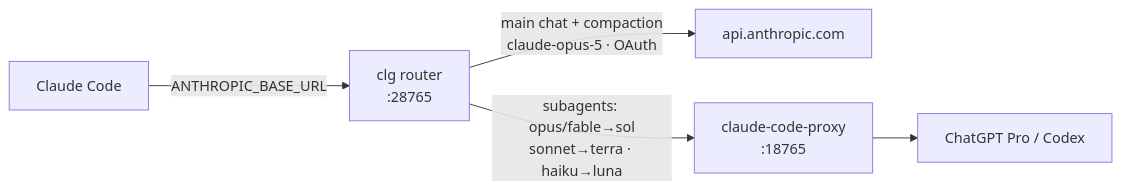
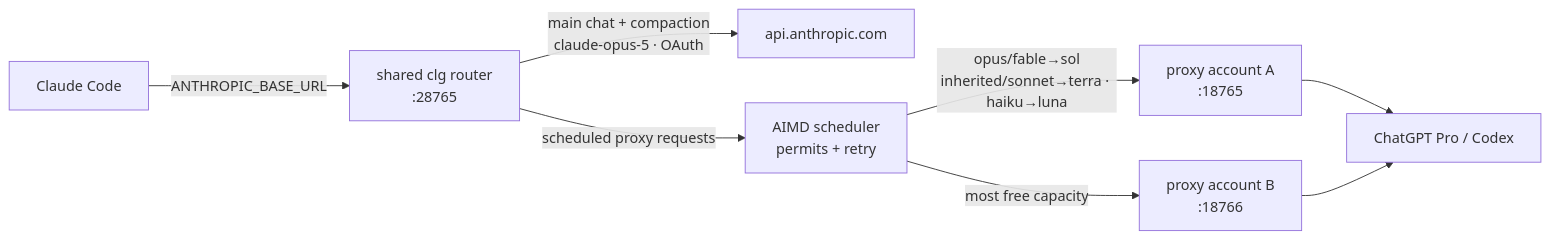
Before and after one commit to momomuchu/clg: the diagram in README.md, drawn with Mermaid. The commit also changed other lines of this file and 2 other files, not shown here.

First line of the commit message:
feat: add adaptive multi-account router

````diff
--- a/README.md
+++ b/README.md
@@ -12,7 +13,10 @@
 ```mermaid
 flowchart LR
-    CC[Claude Code] -->|ANTHROPIC_BASE_URL| R[clg router\n:28765]
+    CC[Claude Code] -->|ANTHROPIC_BASE_URL| R[shared clg router\n:28765]
     R -->|main chat + compaction\nclaude-opus-5 · OAuth| A[api.anthropic.com]
-    R -->|subagents: opus/fable→sol\nsonnet→terra · haiku→luna| P[claude-code-proxy\n:18765]
-    P --> X[ChatGPT Pro / Codex]
+    R -->|scheduled proxy requests| S[AIMD scheduler\npermits + retry]
+    S -->|opus/fable→sol\ninherited/sonnet→terra · haiku→luna| P1[proxy account A\n:18765]
+    S -->|most free capacity| P2[proxy account B\n:18766]
+    P1 --> X[ChatGPT Pro / Codex]
+    P2 --> X
 ```
````
